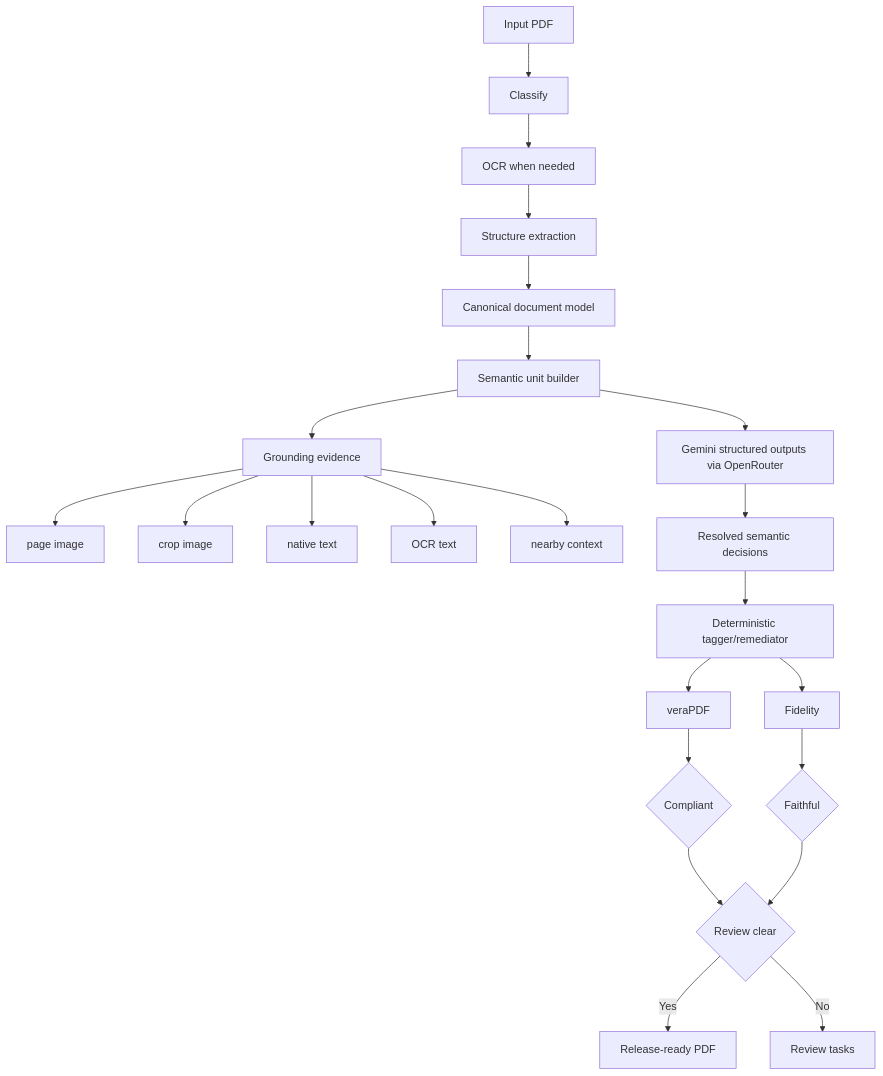
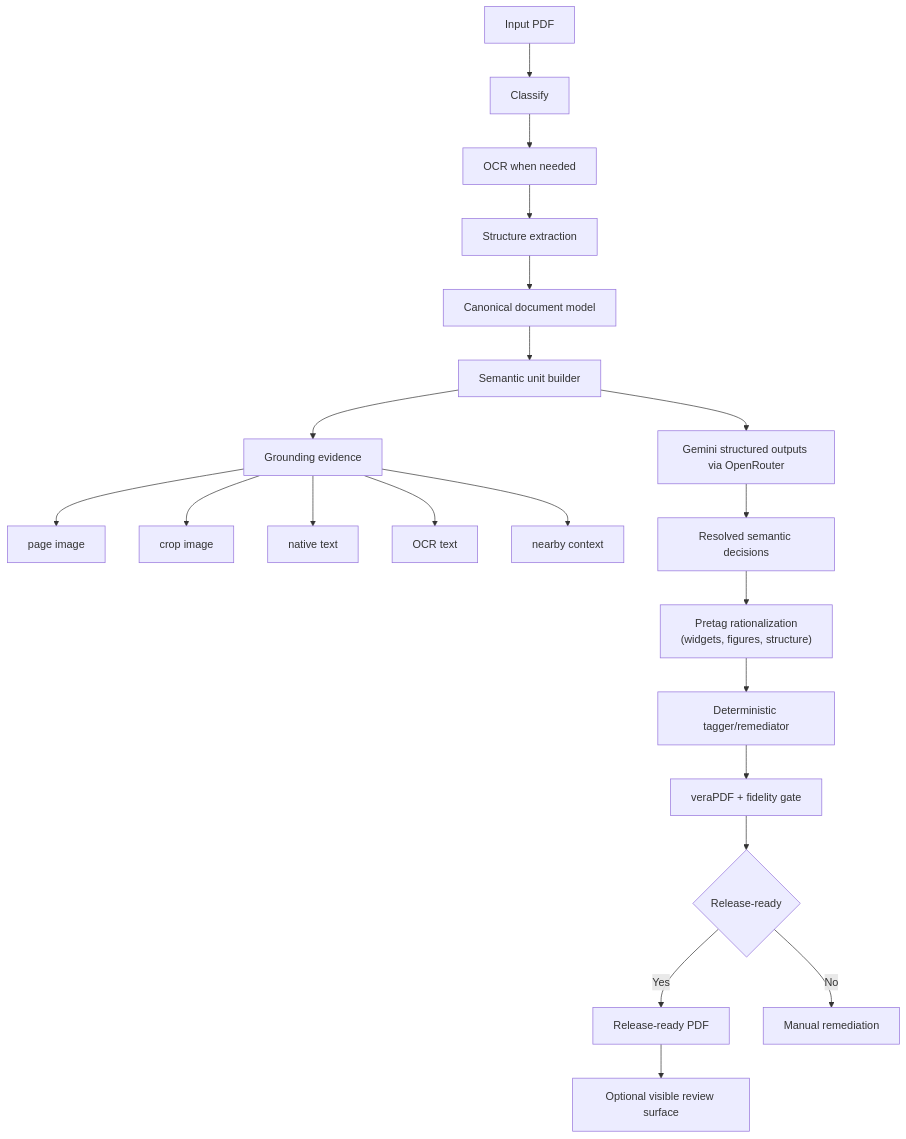
Before and after one commit to CUNY-AI-Lab/pdf-accessibility-app: the diagram in docs/architecture.md, drawn with Mermaid. The commit also changed other lines of this file and 9 other files, not shown here.

````diff
--- a/docs/architecture.md
+++ b/docs/architecture.md
@@ -14,25 +20,23 @@
 ```mermaid
 flowchart TD
     A["Input PDF"] --> B["Classify"]
     B --> C["OCR when needed"]
     C --> D["Structure extraction"]
     D --> E["Canonical document model"]
     E --> F["Semantic unit builder"]
     F --> G["Grounding evidence"]
     G --> G1["page image"]
     G --> G2["crop image"]
     G --> G3["native text"]
     G --> G4["OCR text"]
     G --> G5["nearby context"]
     F --> H["Gemini structured outputs via OpenRouter"]
     H --> I["Resolved semantic decisions"]
-    I --> J["Deterministic tagger/remediator"]
-    J --> K["veraPDF"]
-    J --> L["Fidelity"]
-    K --> M{"Compliant"}
-    L --> N{"Faithful"}
-    M --> O{"Review clear"}
-    N --> O
-    O -->|Yes| P["Release-ready PDF"]
-    O -->|No| Q["Review tasks"]
+    I --> J["Pretag rationalization\n(widgets, figures, structure)"]
+    J --> K["Deterministic tagger/remediator"]
+    K --> L["veraPDF + fidelity gate"]
+    L --> M{"Release-ready"}
+    M -->|Yes| N["Release-ready PDF"]
+    M -->|No| O["Manual remediation"]
+    N --> P["Optional visible review surface"]
 ```
````
